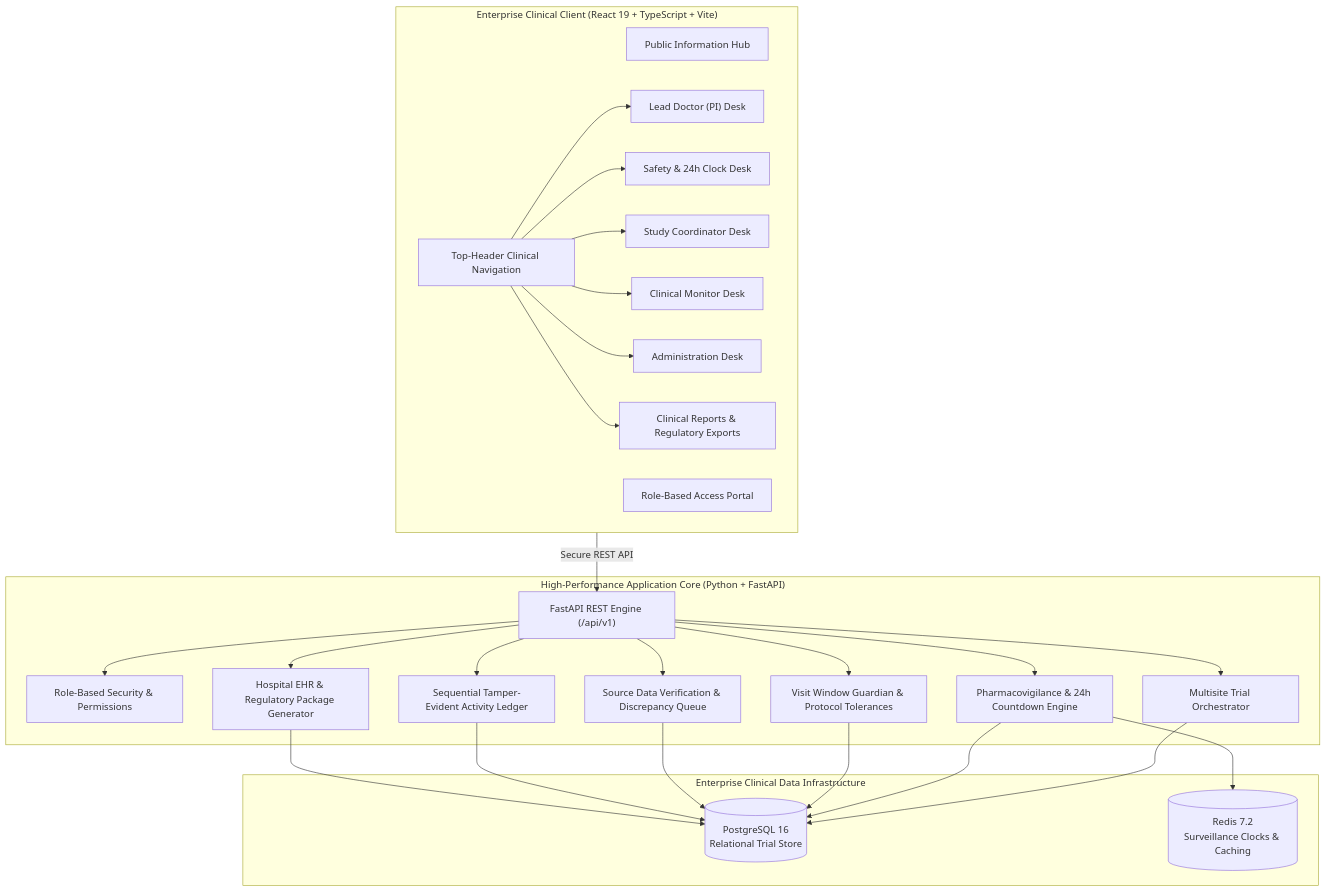
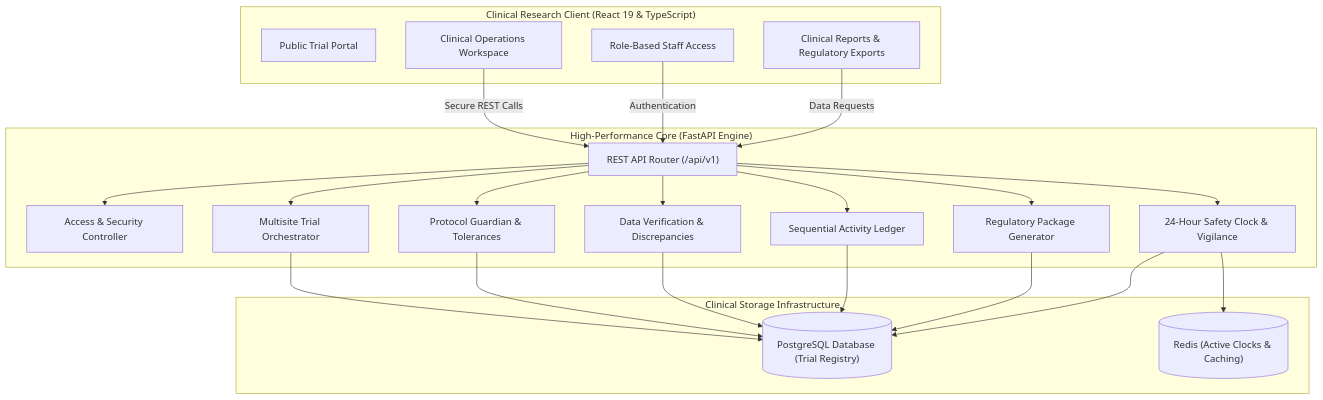
One commit to Divyansh-109/AIIA-Clinical-Operations changed the diagram in README.md. Above: the diagram before and after it, drawn with Mermaid.

Commit message:
Fix Mermaid diagram rendering syntax in README.md

````diff
--- a/README.md
+++ b/README.md
@@ -90,47 +90,46 @@
 ```mermaid
-graph TD
-    subgraph Frontend["Enterprise Clinical Client (React 19 + TypeScript + Vite)"]
-        UI_Home["Public Information Hub"]
-        UI_Login["Role-Based Access Portal"]
-        UI_Desk["Top-Header Clinical Navigation"]
-        UI_Desk --> PI["Lead Doctor (PI) Desk"]
-        UI_Desk --> PV["Safety & 24h Clock Desk"]
-        UI_Desk --> SC["Study Coordinator Desk"]
-        UI_Desk --> CRA["Clinical Monitor Desk"]
-        UI_Desk --> Admin["Administration Desk"]
-        UI_Desk --> Reports["Clinical Reports & Regulatory Exports"]
+flowchart TD
+    subgraph Client["Clinical Research Client (React 19 & TypeScript)"]
+        UI_Home["Public Trial Portal"]
+        UI_Auth["Role-Based Staff Access"]
+        UI_Workspace["Clinical Operations Workspace"]
+        UI_Reports["Clinical Reports & Regulatory Exports"]
     end
 
-    subgraph Backend["High-Performance Application Core (Python + FastAPI)"]
-        API["FastAPI REST Engine (/api/v1)"]
-        AuthService["Role-Based Security & Permissions"]
-        StudyService["Multisite Trial Orchestrator"]
-        SafetyService["Pharmacovigilance & 24h Countdown Engine"]
-        ProtocolService["Visit Window Guardian & Protocol Tolerances"]
-        QualityService["Source Data Verification & Discrepancy Queue"]
-        AuditService["Sequential Tamper-Evident Activity Ledger"]
-        ExportService["Hospital EHR & Regulatory Package Generator"]
+    subgraph Core["High-Performance Core (FastAPI Engine)"]
+        API["REST API Router (/api/v1)"]
+        AuthSvc["Access & Security Controller"]
+        StudySvc["Multisite Trial Orchestrator"]
+        SafetySvc["24-Hour Safety Clock & Vigilance"]
+        ProtoSvc["Protocol Guardian & Tolerances"]
+        QualitySvc["Data Verification & Discrepancies"]
+        AuditSvc["Sequential Activity Ledger"]
+        ExportSvc["Regulatory Package Generator"]
     end
 
-    subgraph Storage["Enterprise Clinical Data Infrastructure"]
-        Postgres[(PostgreSQL 16\nRelational Trial Store)]
-        Redis[(Redis 7.2\nSurveillance Clocks & Caching)]
+    subgraph DataStore["Clinical Storage Infrastructure"]
+        Postgres[("PostgreSQL Database (Trial Registry)")]
+        Redis[("Redis (Active Clocks & Caching)")]
     end
 
-    Frontend -->|Secure REST API| API
-    API --> AuthService
-    API --> StudyService
-    API --> SafetyService
-    API --> ProtocolService
-    API --> QualityService
-    API --> AuditService
-    API --> ExportService
+    UI_Workspace -->|Secure REST Calls| API
+    UI_Auth -->|Authentication| API
+    UI_Reports -->|Data Requests| API
 
-    StudyService --> Postgres
-    SafetyService --> Postgres
-    SafetyService --> Redis
-    ProtocolService --> Postgres
-    QualityService --> Postgres
-    AuditService --> Postgres
-    ExportService --> Postgres
+    API --> AuthSvc
+    API --> StudySvc
+    API --> SafetySvc
+    API --> ProtoSvc
+    API --> QualitySvc
+    API --> AuditSvc
+    API --> ExportSvc
+
+    StudySvc --> Postgres
+    ProtoSvc --> Postgres
+    QualitySvc --> Postgres
+    AuditSvc --> Postgres
+    ExportSvc --> Postgres
+
+    SafetySvc --> Postgres
+    SafetySvc --> Redis
 ```
````
